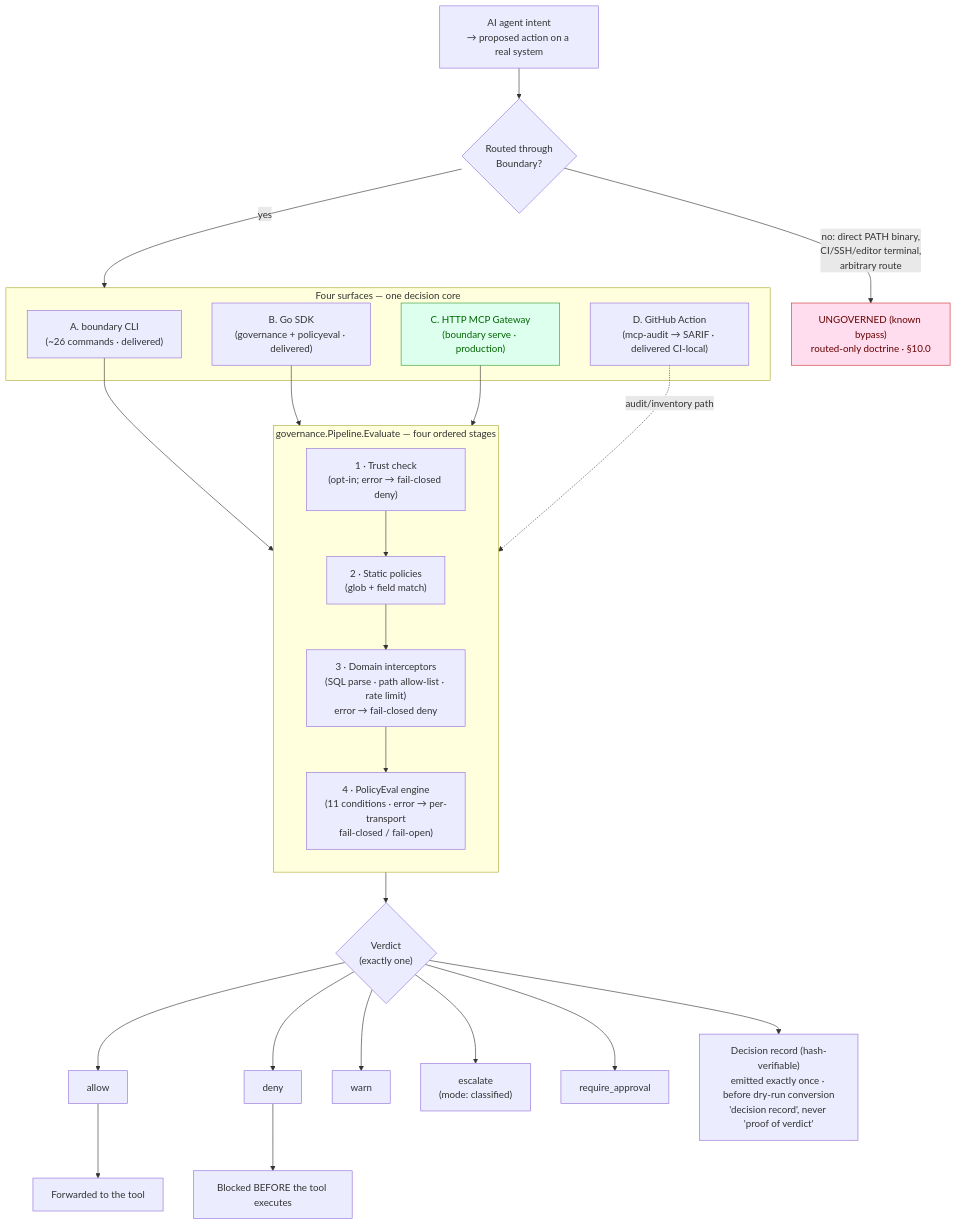
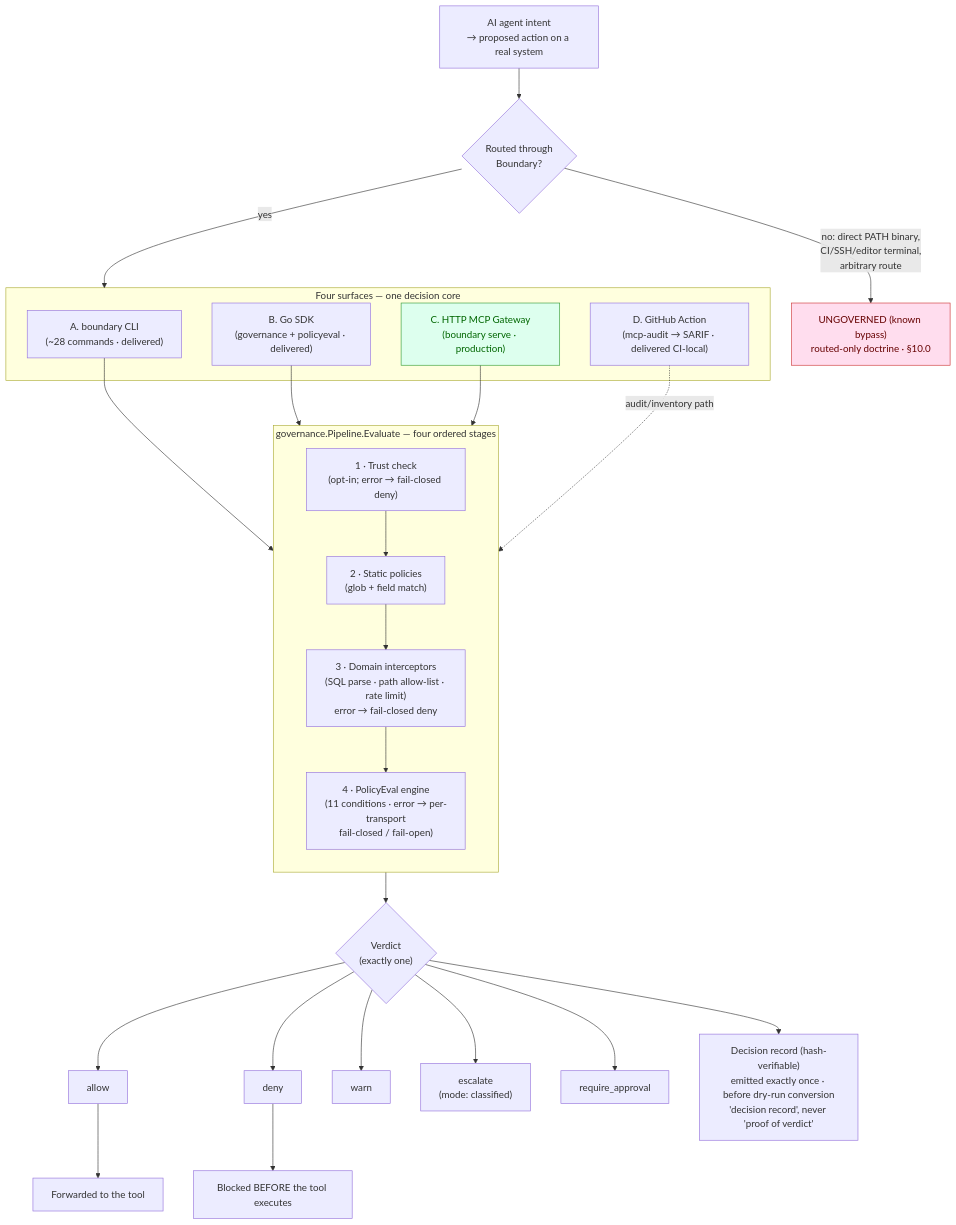
One commit to Fulcrum-Governance/Fulcrum-Boundary changed the diagram in docs/BOUNDARY_SPEC.md. Above: the diagram before and after it, drawn with Mermaid. The commit also changed other lines of this file, not shown here.

````diff
--- a/docs/BOUNDARY_SPEC.md
+++ b/docs/BOUNDARY_SPEC.md
@@ -343,45 +343,45 @@
 ```mermaid
 flowchart TB
     subgraph Entrypoints["Four surfaces — one decision core"]
-        CLI["A. boundary CLI<br/>(~26 commands · delivered)"]
+        CLI["A. boundary CLI<br/>(~28 commands · delivered)"]
         SDK["B. Go SDK<br/>(governance + policyeval · delivered)"]
         GW["C. HTTP MCP Gateway<br/>(boundary serve · production)"]
         GHA["D. GitHub Action<br/>(mcp-audit → SARIF · delivered CI-local)"]
     end
 
     Agent["AI agent intent<br/>→ proposed action on a real system"] --> Route
 
     Route{"Routed through<br/>Boundary?"}
     Route -- "no: direct PATH binary,<br/>CI/SSH/editor terminal,<br/>arbitrary route" --> Bypass["UNGOVERNED (known bypass)<br/>routed-only doctrine · §10.0"]
     Route -- "yes" --> Entrypoints
 
     CLI --> P
     SDK --> P
     GW --> P
     GHA -. "audit/inventory path" .-> P
 
     subgraph P["governance.Pipeline.Evaluate — four ordered stages"]
         direction TB
         S1["1 · Trust check<br/>(opt-in; error → fail-closed deny)"] --> S2
         S2["2 · Static policies<br/>(glob + field match)"] --> S3
         S3["3 · Domain interceptors<br/>(SQL parse · path allow-list · rate limit)<br/>error → fail-closed deny"] --> S4
         S4["4 · PolicyEval engine<br/>(11 conditions · error → per-transport<br/>fail-closed / fail-open)"]
     end
 
     P --> Verdict{"Verdict<br/>(exactly one)"}
     Verdict --> ALLOW["allow"]
     Verdict --> DENY["deny"]
     Verdict --> WARN["warn"]
     Verdict --> ESC["escalate<br/>(mode: classified)"]
     Verdict --> REQ["require_approval"]
 
     DENY --> Block["Blocked BEFORE the tool executes"]
     ALLOW --> Forward["Forwarded to the tool"]
 
     Verdict --> Audit["Decision record (hash-verifiable)<br/>emitted exactly once · before dry-run conversion<br/>'decision record', never 'proof of verdict'"]
 
     classDef bypass fill:#fde,stroke:#c33,color:#600;
     classDef prod fill:#dfe,stroke:#393,color:#060;
     class Bypass bypass;
     class GW prod;
 ```
````
